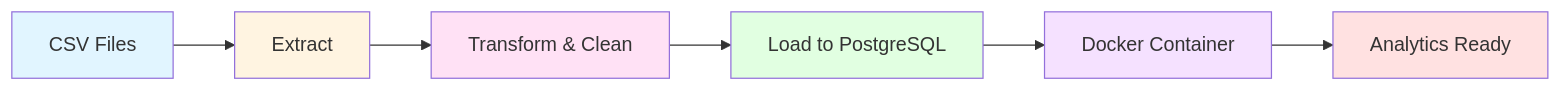
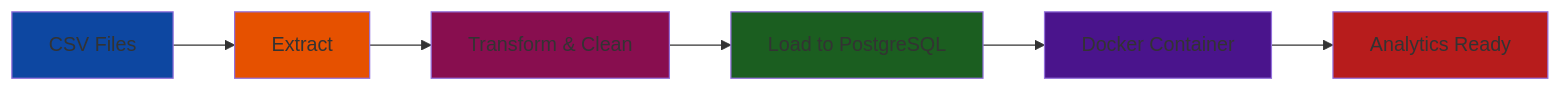
One commit to hendrakurn/P2-ETL_Ecommerce_Postgres changed the first of 5 diagrams in README.md. Above: the diagram before and after it, drawn with Mermaid. The commit also changed other lines of this file, not shown here.

````diff
--- a/README.md
+++ b/README.md
@@ -19,15 +19,16 @@
 ```mermaid
 graph LR
     A[CSV Files] --> B[Extract]
     B --> C[Transform & Clean]
     C --> D[Load to PostgreSQL]
     D --> E[Docker Container]
     E --> F[Analytics Ready]
     
-    style A fill:#e1f5ff
-    style B fill:#fff4e1
-    style C fill:#ffe1f5
-    style D fill:#e1ffe1
-    style E fill:#f5e1ff
-    style F fill:#ffe1e1
+    style A fill:#0d47a1
+    style B fill:#e65100
+    style C fill:#880e4f
+    style D fill:#1b5e20
+    style E fill:#4a148c
+    style F fill:#b71c1c
+
 ```
````
